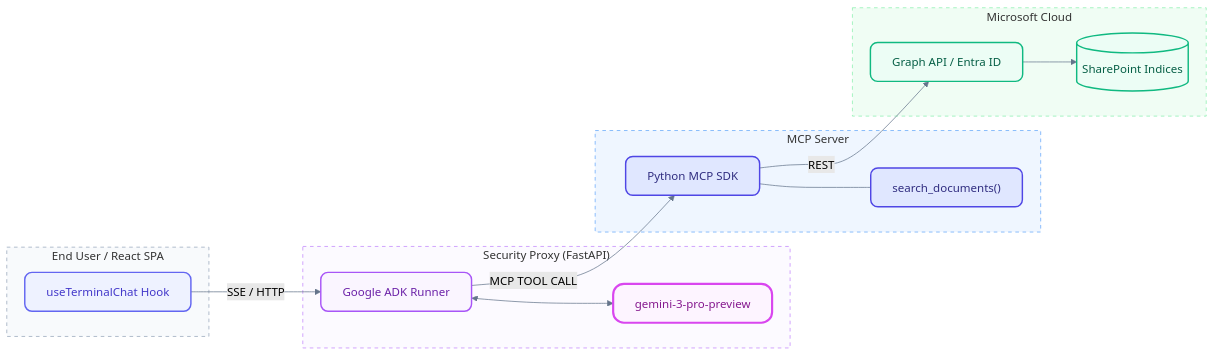
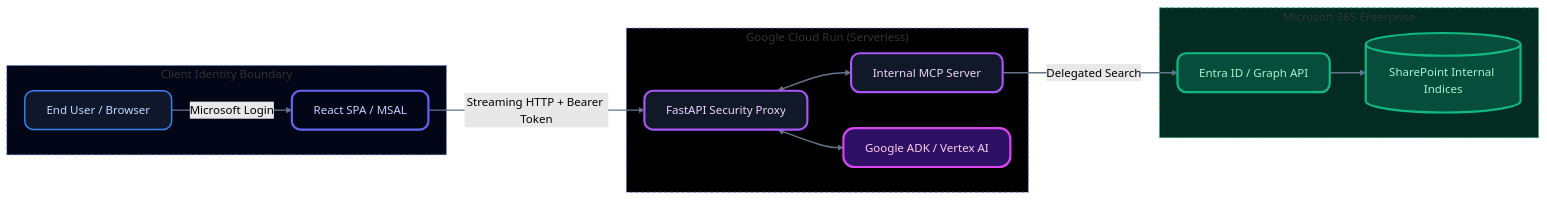
One commit to jchavezar/vertex-ai-samples changed the diagram in antigravity/llm_security_proxy_sharepoint/README.md. Above: the diagram before and after it, drawn with Mermaid (forest theme). The commit also changed other lines of this file and 11 other files, not shown here.

Commit message:
docs: Update README with Cloud Run secure deployment architecture and instructions

````diff
--- a/antigravity/llm_security_proxy_sharepoint/README.md
+++ b/antigravity/llm_security_proxy_sharepoint/README.md
@@ -21,45 +23,39 @@
 ```mermaid
 flowchart LR
-    %% Styling Definitions
-    classDef default fill:#fff,stroke:#333,stroke-width:1px,color:#333;
-    classDef frontend fill:#eef2ff,stroke:#6366f1,stroke-width:2px,color:#4338ca,rx:10,ry:10;
-    classDef backend fill:#faf5ff,stroke:#a855f7,stroke-width:2px,color:#6b21a8,rx:10,ry:10;
-    classDef gemini fill:#fdf4ff,stroke:#d946ef,stroke-width:3px,color:#86198f,rx:15,ry:15;
-    classDef mcp fill:#e0e7ff,stroke:#4f46e5,stroke-width:2px,color:#312e81,rx:10,ry:10;
-    classDef data fill:#ecfdf5,stroke:#10b981,stroke-width:2px,color:#065f46,rx:10,ry:10;
-
-    subgraph Frontend ["End User / React SPA"]
-        A[useTerminalChat Hook]:::frontend
+    %% Modern Futuristic Styling Requirements
+    classDef default fill:#1e293b,stroke:#475569,stroke-width:2px,color:#f8fafc;
+    classDef user fill:#0f172a,stroke:#3b82f6,stroke-width:2px,color:#bfdbfe,rx:12,ry:12;
+    classDef frontend fill:#020617,stroke:#6366f1,stroke-width:3px,color:#c7d2fe,rx:12,ry:12;
+    classDef backend fill:#111827,stroke:#a855f7,stroke-width:3px,color:#e9d5ff,rx:12,ry:12;
+    classDef ai fill:#2e1065,stroke:#d946ef,stroke-width:3px,color:#fbcfe8,rx:15,ry:15;
+    classDef data fill:#064e3b,stroke:#10b981,stroke-width:3px,color:#a7f3d0,rx:12,ry:12;
+    
+    subgraph Client ["Client Identity Boundary"]
+        U[End User / Browser]:::user
+        A[React SPA / MSAL]:::frontend
+        U -- "Microsoft Login" --> A
     end
 
-    subgraph Backend ["Security Proxy (FastAPI)"]
-        B[Google ADK Runner]:::backend
-        C[gemini-3-pro-preview]:::gemini
+    subgraph GCP ["Google Cloud Run (Serverless)"]
+        B[FastAPI Security Proxy]:::backend
+        M[Internal MCP Server]:::backend
+        C[Google ADK / Vertex AI]:::ai
+        B <--> M
         B <--> C
     end
 
-    subgraph MCP ["MCP Server"]
-        D[Python MCP SDK]:::mcp
-        D_Tool["search_documents()"]:::mcp
-        D --- D_Tool
-    end
-
-    subgraph Data ["Microsoft Cloud"]
-        E[Graph API / Entra ID]:::data
-        F[(SharePoint Indices)]:::data
+    subgraph Entra ["Microsoft 365 Enterprise"]
+        E[Entra ID / Graph API]:::data
+        F[(SharePoint Internal Indices)]:::data
         E --> F
     end
 
-    A -- SSE / HTTP --> B
-    B -- MCP TOOL CALL --> D
-    D -- REST --> E
-
-    %% Link Styling
-    linkStyle default stroke:#64748b,stroke-width:1px,fill:none;
-
-    %% Subgraph Styling
-    style Frontend fill:#f8fafc,stroke:#94a3b8,stroke-width:1px,stroke-dasharray: 5 5
-    style Backend fill:#fcfaff,stroke:#c084fc,stroke-width:1px,stroke-dasharray: 5 5
-    style MCP fill:#eff6ff,stroke:#60a5fa,stroke-width:1px,stroke-dasharray: 5 5
-    style Data fill:#f0fdf4,stroke:#86efac,stroke-width:1px,stroke-dasharray: 5 5
+    A -- "Streaming HTTP + Bearer Token" --> B
+    M -- "Delegated Search" --> E
+    
+    %% Styles
+    linkStyle default stroke:#64748b,stroke-width:2px,fill:none;
+    style Client fill:#020617,stroke:#3b82f6,stroke-width:1px,stroke-dasharray: 4 4
+    style GCP fill:#000000,stroke:#8b5cf6,stroke-width:1px,stroke-dasharray: 4 4
+    style Entra fill:#022c22,stroke:#10b981,stroke-width:1px,stroke-dasharray: 4 4
 ```
````
